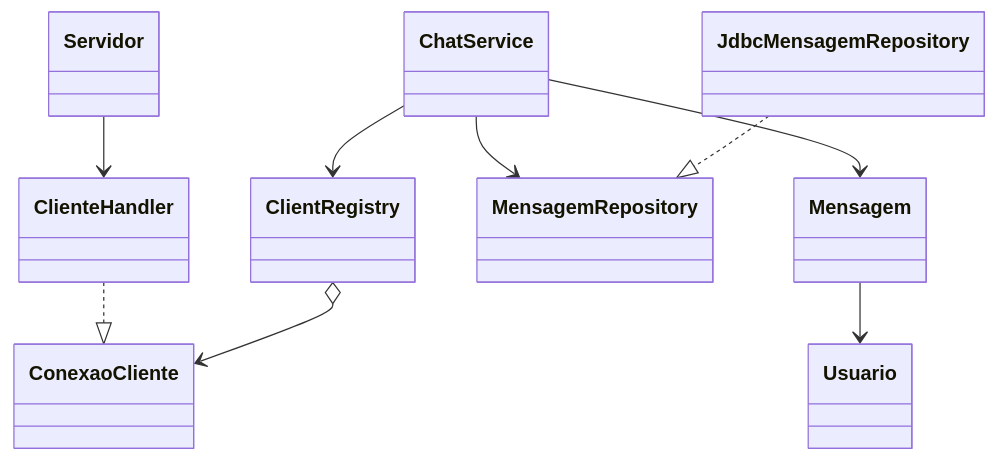
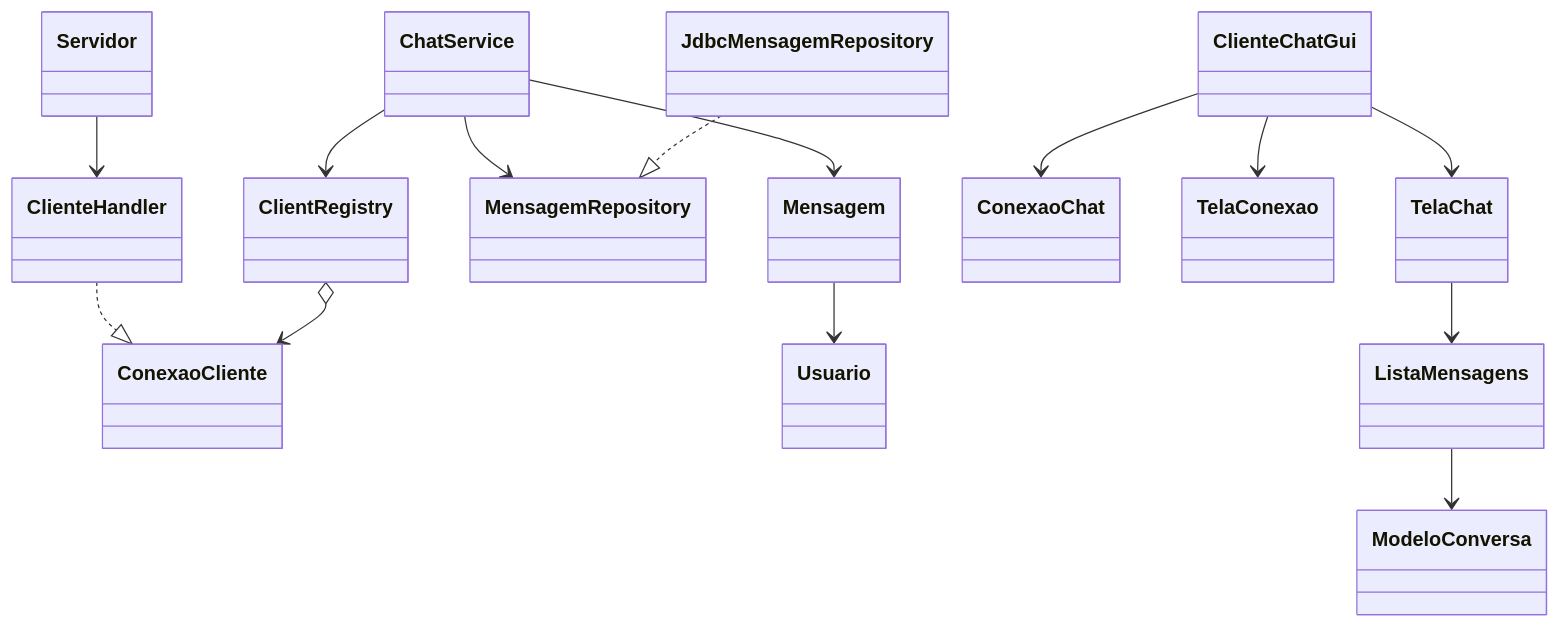
Before and after one commit to juansiqueira-pr/Chat-Multiusuario: the second of 3 diagrams in docs/RELATORIO_FINAL.md, drawn with Mermaid. The commit also changed other lines of this file and 13 other files, not shown here.

````diff
--- a/docs/RELATORIO_FINAL.md
+++ b/docs/RELATORIO_FINAL.md
@@ -15,11 +16,16 @@
 ```mermaid
 classDiagram
   Servidor --> ClienteHandler
   ClienteHandler ..|> ConexaoCliente
   ChatService --> ClientRegistry
   ChatService --> MensagemRepository
   ChatService --> Mensagem
   JdbcMensagemRepository ..|> MensagemRepository
   ClientRegistry o--> ConexaoCliente
   Mensagem --> Usuario
+  ClienteChatGui --> ConexaoChat
+  ClienteChatGui --> TelaConexao
+  ClienteChatGui --> TelaChat
+  TelaChat --> ListaMensagens
+  ListaMensagens --> ModeloConversa
 ```
````
